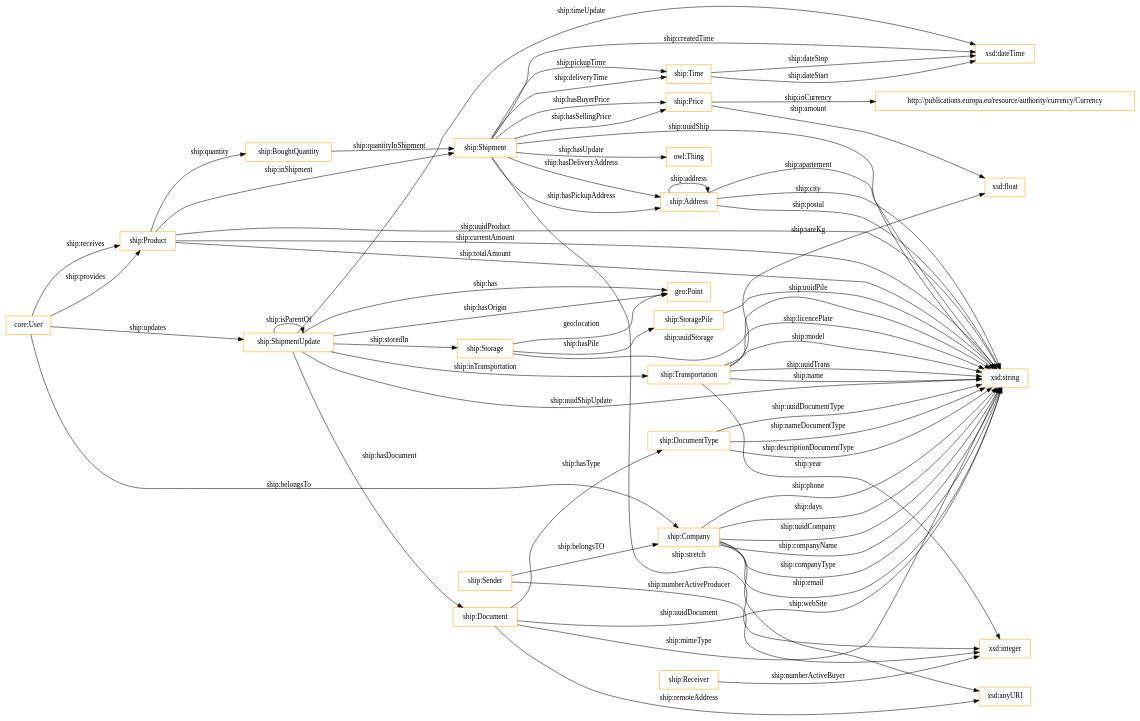
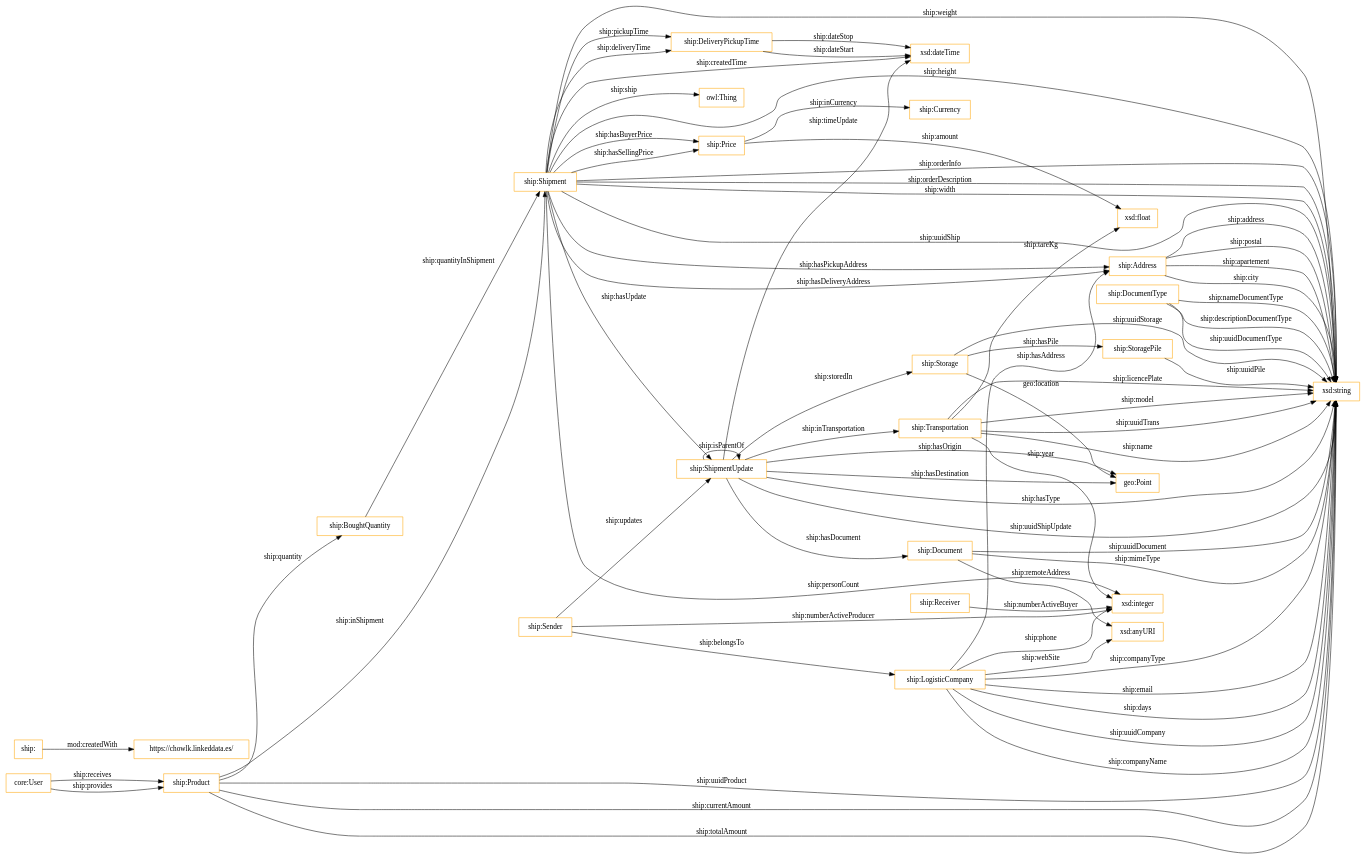
One commit to oeg-upm/auroral-shipmentBiomass-ontology changed the diagram in OnToology/ontology/shipment.ttl/diagrams/ar2dtool-class/shipment.ttl.png.dot. Above: the diagram before and after it, drawn with Graphviz. The commit also changed 45 other files, not shown here.

```diff
--- a/OnToology/ontology/shipment.ttl/diagrams/ar2dtool-class/shipment.ttl.png.dot
+++ b/OnToology/ontology/shipment.ttl/diagrams/ar2dtool-class/shipment.ttl.png.dot
@@ -1,69 +1,76 @@
 digraph ar2dtool_diagram { 
 rankdir=LR;
 size="1501"
-node [shape = rectangle, color="orange"]; "ship:Shipment" "ship:ShipmentUpdate" "ship:DocumentType" "ship:Address" "ship:Price" "core:User" "ship:Time" "http://publications.europa.eu/resource/authority/currency/Currency" "ship:Product" "ship:Document" "ship:BoughtQuantity" "ship:Storage" "ship:StoragePile" "ship:Receiver" "ship:Transportation" "ship:Company" "geo:Point" "ship:Sender" ; /*classes style*/
-	"ship:Time" -> "xsd:dateTime" [ label = "ship:dateStop" ];
+node [shape = rectangle, color="orange"]; "ship:Shipment" "ship:ShipmentUpdate" "ship:DocumentType" "ship:Address" "ship:Currency" "ship:Price" "core:User" "ship:Product" "ship:Document" "ship:BoughtQuantity" "ship:Storage" "ship:StoragePile" "ship:Receiver" "ship:Transportation" "ship:LogisticCompany" "geo:Point" "ship:DeliveryPickupTime" "ship:Sender" ; /*classes style*/
+	"ship:" -> "https://chowlk.linkeddata.es/" [ label = "mod:createdWith" ];
+	"ship:DeliveryPickupTime" -> "xsd:dateTime" [ label = "ship:dateStop" ];
 	"ship:ShipmentUpdate" -> "ship:Document" [ label = "ship:hasDocument" ];
-	"ship:Company" -> "xsd:string" [ label = "ship:companyType" ];
-	"ship:Company" -> "xsd:anyURI" [ label = "ship:webSite" ];
-	"ship:ShipmentUpdate" -> "geo:Point" [ label = "ship:has" ];
-	"ship:Shipment" -> "ship:Time" [ label = "ship:deliveryTime" ];
-	"ship:Sender" -> "ship:Company" [ label = "ship:belongsTO" ];
+	"ship:LogisticCompany" -> "xsd:string" [ label = "ship:companyType" ];
+	"ship:LogisticCompany" -> "xsd:anyURI" [ label = "ship:webSite" ];
+	"ship:Shipment" -> "xsd:integer" [ label = "ship:personCount" ];
+	"ship:Shipment" -> "xsd:string" [ label = "ship:weight" ];
+	"ship:Shipment" -> "ship:DeliveryPickupTime" [ label = "ship:deliveryTime" ];
+	"ship:LogisticCompany" -> "ship:Address" [ label = "ship:hasAddress" ];
 	"ship:Address" -> "xsd:string" [ label = "ship:city" ];
 	"ship:Product" -> "ship:Shipment" [ label = "ship:inShipment" ];
 	"ship:Price" -> "xsd:float" [ label = "ship:amount" ];
-	"ship:Company" -> "xsd:string" [ label = "ship:email" ];
-	"core:User" -> "ship:ShipmentUpdate" [ label = "ship:updates" ];
-	"ship:Address" -> "ship:Address" [ label = "ship:address" ];
-	"ship:Time" -> "xsd:dateTime" [ label = "ship:dateStart" ];
+	"ship:LogisticCompany" -> "xsd:string" [ label = "ship:email" ];
+	"ship:Sender" -> "ship:ShipmentUpdate" [ label = "ship:updates" ];
+	"ship:Address" -> "xsd:string" [ label = "ship:address" ];
+	"ship:DeliveryPickupTime" -> "xsd:dateTime" [ label = "ship:dateStart" ];
 	"ship:DocumentType" -> "xsd:string" [ label = "ship:nameDocumentType" ];
 	"ship:Shipment" -> "ship:Price" [ label = "ship:hasSellingPrice" ];
-	"ship:Document" -> "ship:DocumentType" [ label = "ship:hasType" ];
-	"ship:Price" -> "http://publications.europa.eu/resource/authority/currency/Currency" [ label = "ship:inCurrency" ];
+	"ship:ShipmentUpdate" -> "xsd:string" [ label = "ship:hasType" ];
+	"ship:Price" -> "ship:Currency" [ label = "ship:inCurrency" ];
 	"ship:Transportation" -> "xsd:string" [ label = "ship:licencePlate" ];
 	"ship:Receiver" -> "xsd:integer" [ label = "ship:numberActiveBuyer" ];
-	"ship:Shipment" -> "xsd:integer" [ label = "ship:stretch" ];
-	"core:User" -> "ship:Company" [ label = "ship:belongsTo" ];
+	"ship:Sender" -> "ship:LogisticCompany" [ label = "ship:belongsTo" ];
 	"ship:Shipment" -> "xsd:dateTime" [ label = "ship:createdTime" ];
 	"ship:Storage" -> "ship:StoragePile" [ label = "ship:hasPile" ];
 	"ship:Transportation" -> "xsd:string" [ label = "ship:model" ];
 	"ship:Shipment" -> "ship:Price" [ label = "ship:hasBuyerPrice" ];
 	"ship:Product" -> "xsd:string" [ label = "ship:uuidProduct" ];
-	"ship:Company" -> "xsd:string" [ label = "ship:phone" ];
-	"ship:Shipment" -> "owl:Thing" [ label = "ship:hasUpdate" ];
+	"ship:LogisticCompany" -> "xsd:integer" [ label = "ship:phone" ];
+	"ship:Shipment" -> "ship:ShipmentUpdate" [ label = "ship:hasUpdate" ];
 	"ship:ShipmentUpdate" -> "xsd:string" [ label = "ship:uuidShipUpdate" ];
-	"ship:Company" -> "xsd:string" [ label = "ship:days" ];
+	"ship:ShipmentUpdate" -> "geo:Point" [ label = "ship:hasDestination" ];
+	"ship:LogisticCompany" -> "xsd:string" [ label = "ship:days" ];
+	"ship:Shipment" -> "owl:Thing" [ label = "ship:ship" ];
+	"ship:Shipment" -> "xsd:string" [ label = "ship:height" ];
 	"ship:Sender" -> "xsd:integer" [ label = "ship:numberActiveProducer" ];
 	"ship:Transportation" -> "xsd:integer" [ label = "ship:year" ];
 	"core:User" -> "ship:Product" [ label = "ship:receives" ];
 	"ship:Transportation" -> "xsd:string" [ label = "ship:uuidTrans" ];
+	"ship:Shipment" -> "xsd:string" [ label = "ship:orderInfo" ];
 	"ship:Product" -> "xsd:string" [ label = "ship:currentAmount" ];
 	"ship:Product" -> "ship:BoughtQuantity" [ label = "ship:quantity" ];
 	"ship:Address" -> "xsd:string" [ label = "ship:postal" ];
-	"ship:Shipment" -> "ship:Time" [ label = "ship:pickupTime" ];
+	"ship:Shipment" -> "ship:DeliveryPickupTime" [ label = "ship:pickupTime" ];
 	"ship:ShipmentUpdate" -> "xsd:dateTime" [ label = "ship:timeUpdate" ];
 	"ship:Shipment" -> "ship:Address" [ label = "ship:hasDeliveryAddress" ];
 	"ship:ShipmentUpdate" -> "ship:ShipmentUpdate" [ label = "ship:isParentOf" ];
 	"ship:StoragePile" -> "xsd:string" [ label = "ship:uuidPile" ];
 	"ship:Shipment" -> "ship:Address" [ label = "ship:hasPickupAddress" ];
-	"ship:Company" -> "xsd:string" [ label = "ship:uuidCompany" ];
+	"ship:LogisticCompany" -> "xsd:string" [ label = "ship:uuidCompany" ];
+	"ship:Shipment" -> "xsd:string" [ label = "ship:orderDescription" ];
 	"ship:Storage" -> "geo:Point" [ label = "geo:location" ];
 	"ship:BoughtQuantity" -> "ship:Shipment" [ label = "ship:quantityInShipment" ];
 	"ship:ShipmentUpdate" -> "ship:Storage" [ label = "ship:storedIn" ];
+	"ship:Shipment" -> "xsd:string" [ label = "ship:width" ];
 	"ship:Shipment" -> "xsd:string" [ label = "ship:uuidShip" ];
-	"ship:Company" -> "xsd:string" [ label = "ship:companyName" ];
+	"ship:LogisticCompany" -> "xsd:string" [ label = "ship:companyName" ];
 	"ship:DocumentType" -> "xsd:string" [ label = "ship:descriptionDocumentType" ];
 	"ship:Document" -> "xsd:string" [ label = "ship:uuidDocument" ];
 	"ship:ShipmentUpdate" -> "ship:Transportation" [ label = "ship:inTransportation" ];
 	"ship:Document" -> "xsd:anyURI" [ label = "ship:remoteAddress" ];
 	"ship:Document" -> "xsd:string" [ label = "ship:mimeType" ];
 	"ship:Transportation" -> "xsd:float" [ label = "ship:tareKg" ];
 	"ship:ShipmentUpdate" -> "geo:Point" [ label = "ship:hasOrigin" ];
 	"ship:Transportation" -> "xsd:string" [ label = "ship:name" ];
 	"ship:Address" -> "xsd:string" [ label = "ship:apartement" ];
 	"ship:Storage" -> "xsd:string" [ label = "ship:uuidStorage" ];
 	"core:User" -> "ship:Product" [ label = "ship:provides" ];
 	"ship:Product" -> "xsd:string" [ label = "ship:totalAmount" ];
 	"ship:DocumentType" -> "xsd:string" [ label = "ship:uuidDocumentType" ];
 
 }
```
